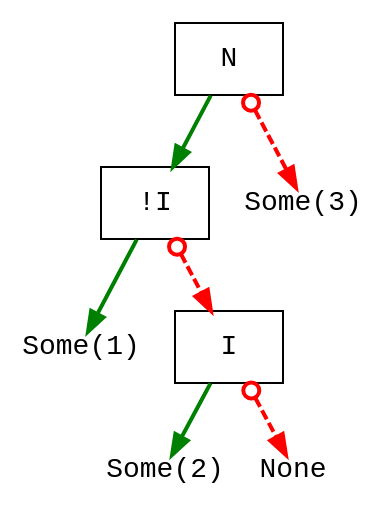
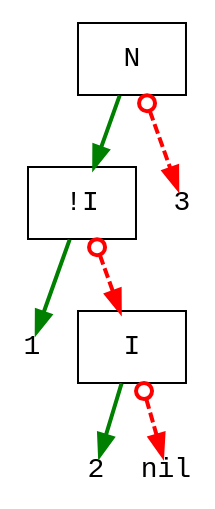
Before and after one commit to jimka2001/clojure-rte: the diagram in doc/reClojure.2025/reclojure.2025.slides.dot/ldd-5.dot, drawn with Graphviz. The commit also changed 13 other files, not shown here.

```diff
--- a/doc/reClojure.2025/reclojure.2025.slides.dot/ldd-5.dot
+++ b/doc/reClojure.2025/reclojure.2025.slides.dot/ldd-5.dot
@@ -1,30 +1,30 @@
 digraph G {
 node [ fontsize=14];
 bgcolor="#ffffff00" # RGBA (with alpha)
 
 8 [shape=box,label="N",fontname="Courier"]
 
 8 -> n1p [style=solid,color=green,penwidth=2]
 8 -> n6n [style=dashed,color=red,penwidth=2,arrowhead=normal,arrowtail=odot,dir=both]
 
 {rank=same n1p n6n }
 
 n1p [shape=box,label="!I",fontname="Courier"]
-n2p [shape=plain,label="Some(1)",fontname="Courier"]
+n2p [shape=plain,label="1",fontname="Courier"]
 n3p [shape=box,label="I",fontname="Courier"]
-n4p [shape=plain,label="Some(2)",fontname="Courier"]
-n7p [shape=plain,label="None",fontname="Courier"]
+n4p [shape=plain,label="2",fontname="Courier"]
+n7p [shape=plain,label="nil",fontname="Courier"]
 {rank=same n2p n3p }
 {rank=same n4p n7p }
 
 n1p -> n2p [style=solid,color=green,penwidth=2]
 n1p -> n3p [style=dashed,color=red,penwidth=2,arrowhead=normal,arrowtail=odot,dir=both]
 
 n3p -> n4p [style=solid,color=green,penwidth=2]
 n3p -> n7p [style=dashed,color=red,penwidth=2,arrowhead=normal,arrowtail=odot,dir=both]
 
 
-n6n [shape=plain,label="Some(3)",fontname="Courier"]
+n6n [shape=plain,label="3",fontname="Courier"]
 
 
 }
```
